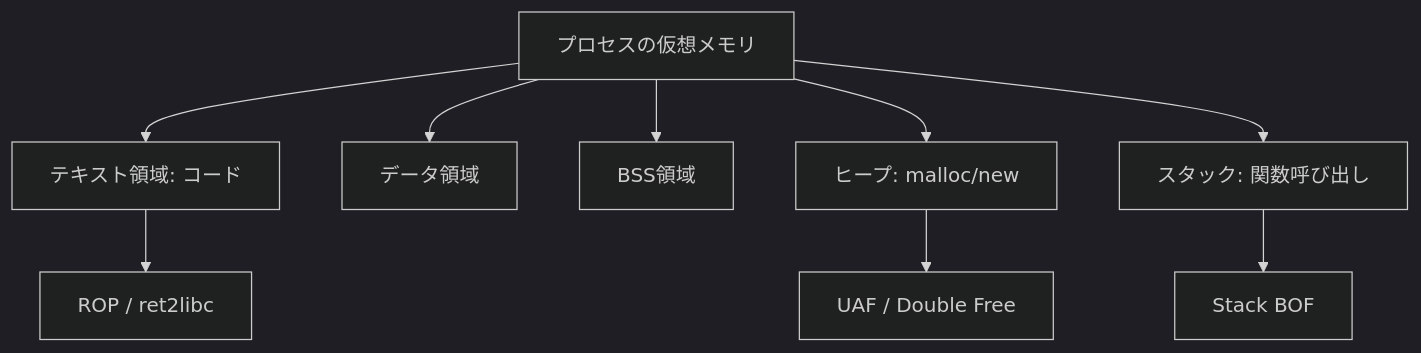
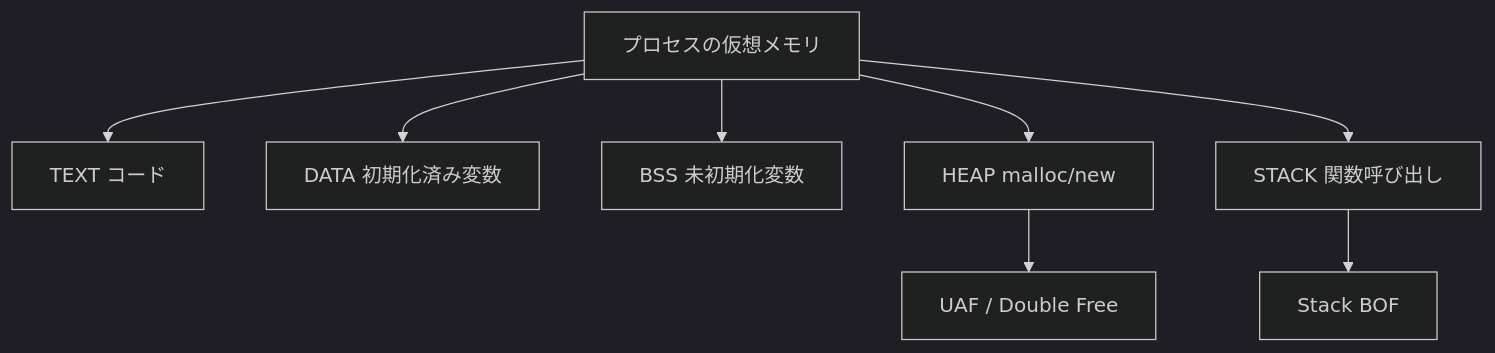
Before and after one commit to Omni-lab26/recon0x-content: the first of 2 diagrams in articles/memory-model/index.mdx, drawn with Mermaid (dark theme). The commit also changed other lines of this file and 12 other files, not shown here.

````diff
--- a/articles/memory-model/index.mdx
+++ b/articles/memory-model/index.mdx
@@ -48,11 +47,10 @@
 ```mermaid
 flowchart TD
-    A[プロセスの仮想メモリ] --> B[テキスト領域: コード]
-    A --> C[データ領域]
-    A --> D[BSS領域]
-    A --> E[ヒープ: malloc/new]
-    A --> F[スタック: 関数呼び出し]
+    A[プロセスの仮想メモリ] --> B[TEXT コード]
+    A --> C[DATA 初期化済み変数]
+    A --> D[BSS 未初期化変数]
+    A --> E[HEAP malloc/new]
+    A --> F[STACK 関数呼び出し]
     E --> G[UAF / Double Free]
     F --> H[Stack BOF]
-    B --> I[ROP / ret2libc]
 ```
````
